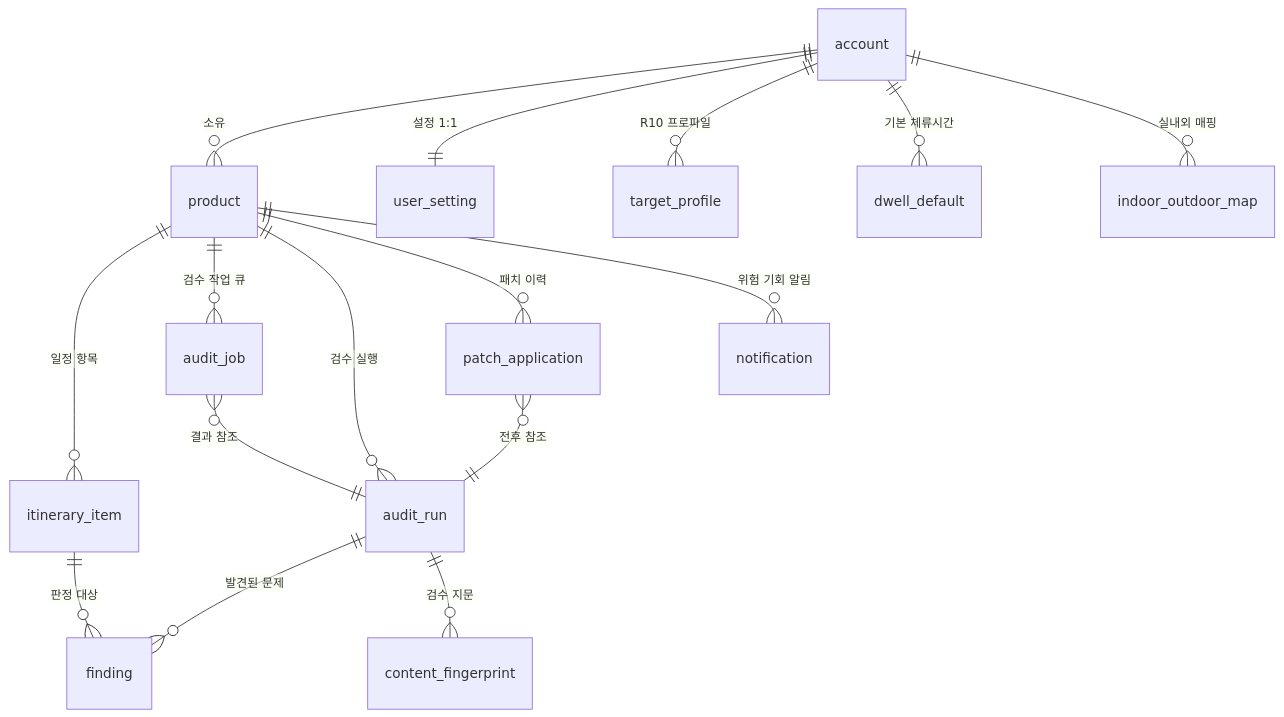
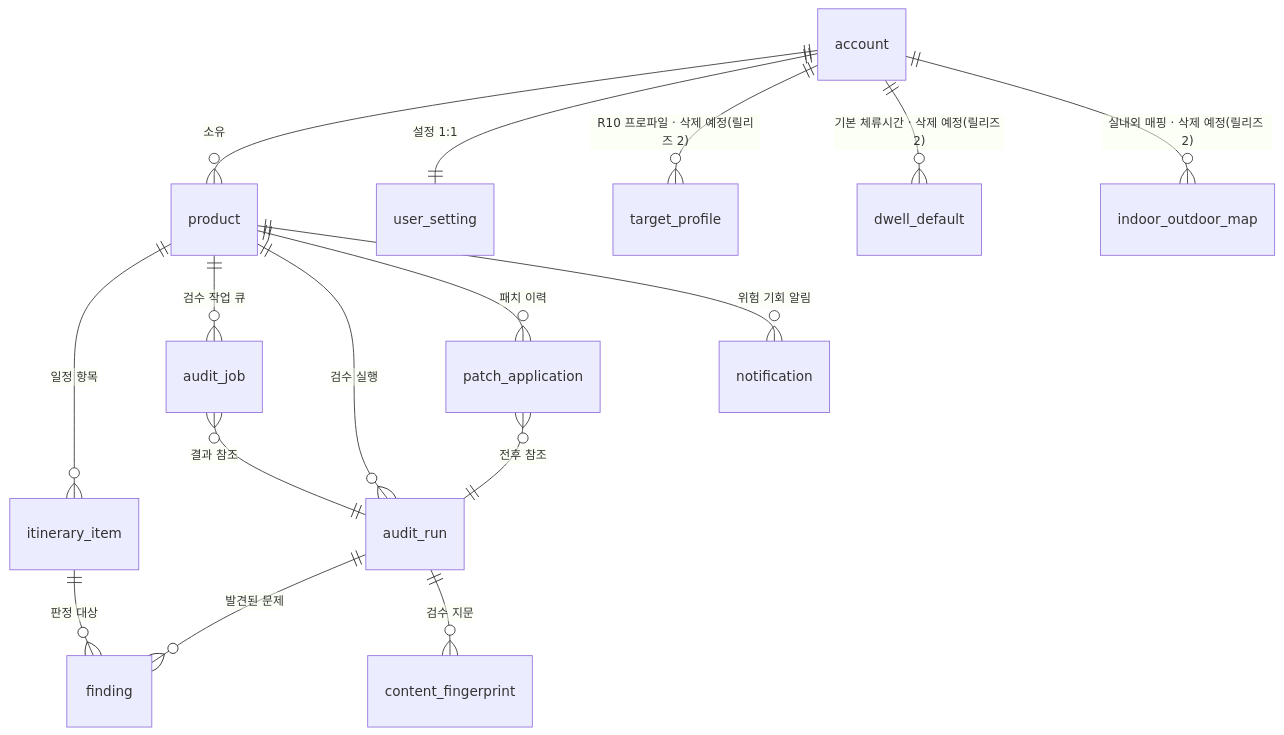
Before and after one commit to tourlint/tourlint: the diagram in docs/notion/20_DB명세서.md, drawn with Mermaid. The commit also changed other lines of this file, not shown here.

````diff
--- a/docs/notion/20_DB명세서.md
+++ b/docs/notion/20_DB명세서.md
@@ -126,18 +126,18 @@
 ```mermaid
 erDiagram
     account ||--o{ product : "소유"
     account ||--|| user_setting : "설정 1:1"
-    account ||--o{ target_profile : "R10 프로파일"
-    account ||--o{ dwell_default : "기본 체류시간"
-    account ||--o{ indoor_outdoor_map : "실내외 매핑"
+    account ||--o{ target_profile : "R10 프로파일 · 삭제 예정(릴리즈 2)"
+    account ||--o{ dwell_default : "기본 체류시간 · 삭제 예정(릴리즈 2)"
+    account ||--o{ indoor_outdoor_map : "실내외 매핑 · 삭제 예정(릴리즈 2)"
     product ||--o{ itinerary_item : "일정 항목"
     product ||--o{ audit_job : "검수 작업 큐"
     product ||--o{ audit_run : "검수 실행"
     product ||--o{ patch_application : "패치 이력"
     product ||--o{ notification : "위험 기회 알림"
     audit_run ||--o{ finding : "발견된 문제"
     audit_run ||--o{ content_fingerprint : "검수 지문"
     audit_job }o--|| audit_run : "결과 참조"
     patch_application }o--|| audit_run : "전후 참조"
     itinerary_item ||--o{ finding : "판정 대상"
 ```
````
